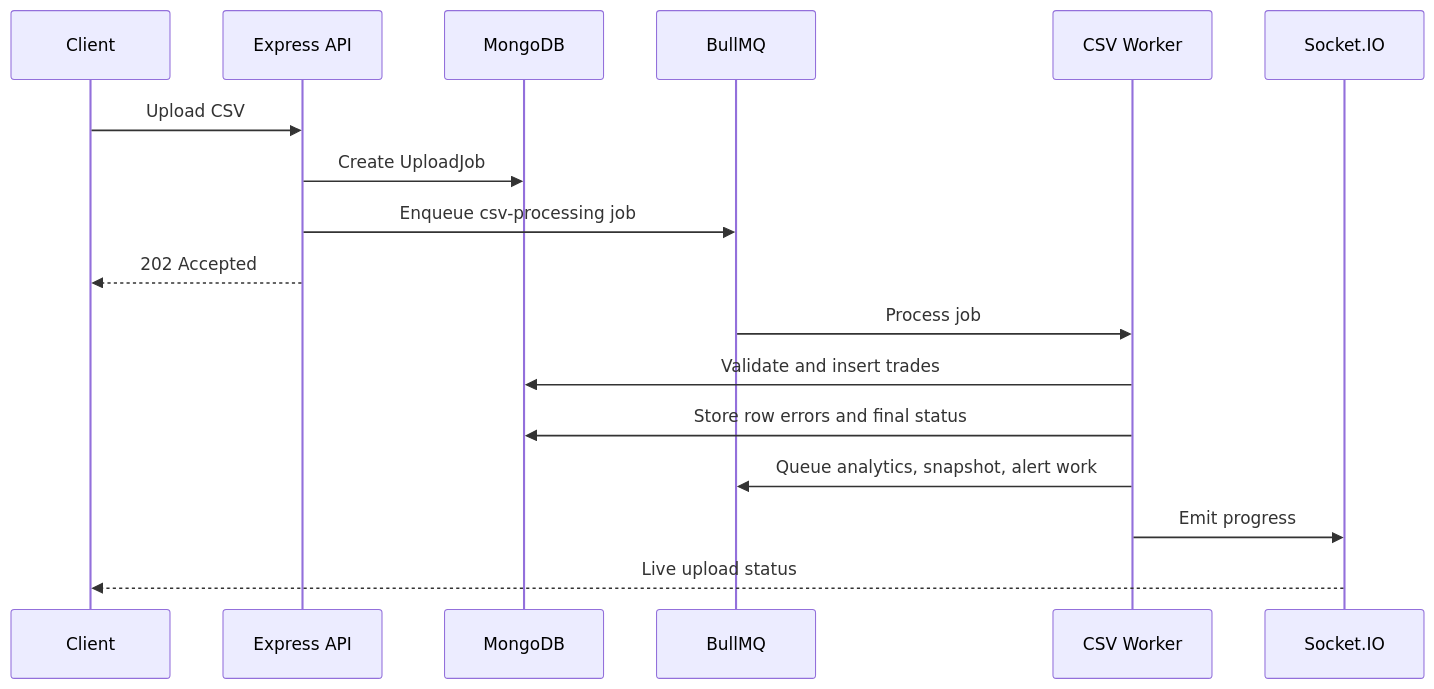
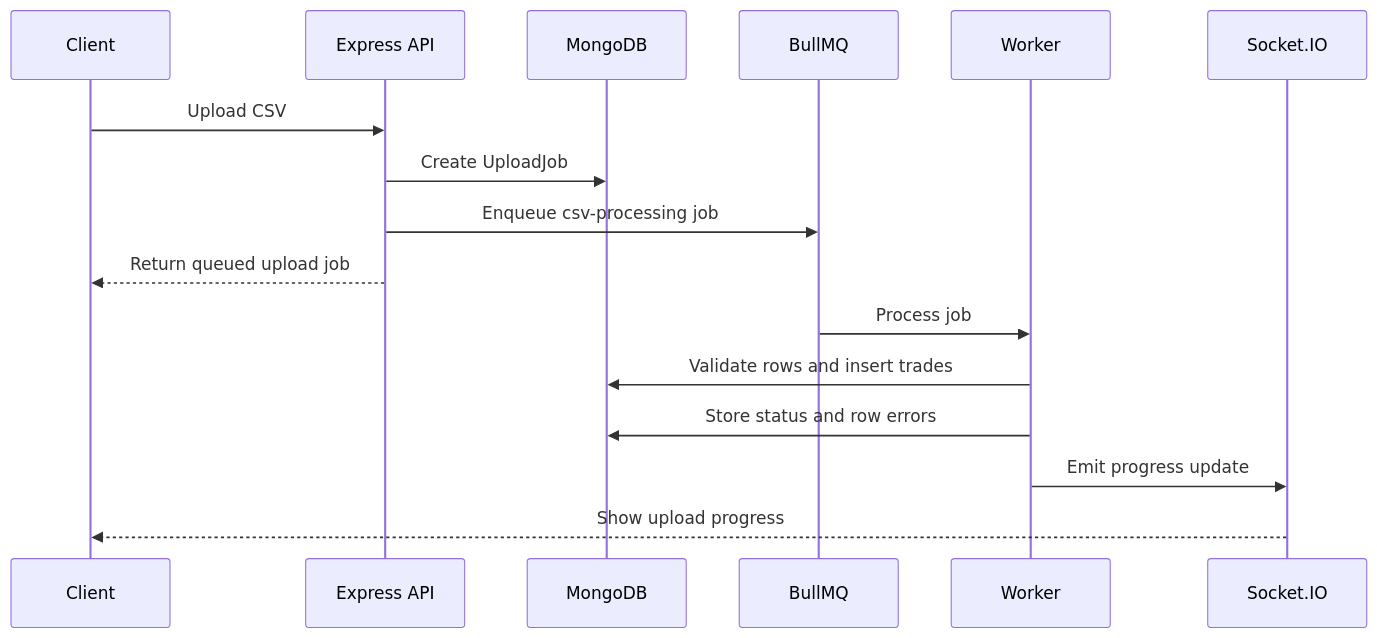
The second of 5 diagrams in README.md (SriHarshaRajuY/RiskLens), drawn with Mermaid before and after one commit. The commit also changed other lines of this file and 68 other files, not shown here.

````diff
--- a/README.md
+++ b/README.md
@@ -127,20 +143,19 @@
 ```mermaid
 sequenceDiagram
   participant UI as Client
   participant API as Express API
   participant DB as MongoDB
   participant Q as BullMQ
-  participant W as CSV Worker
+  participant W as Worker
   participant WS as Socket.IO
 
   UI->>API: Upload CSV
   API->>DB: Create UploadJob
   API->>Q: Enqueue csv-processing job
-  API-->>UI: 202 Accepted
+  API-->>UI: Return queued upload job
   Q->>W: Process job
-  W->>DB: Validate and insert trades
-  W->>DB: Store row errors and final status
-  W->>Q: Queue analytics, snapshot, alert work
-  W->>WS: Emit progress
-  WS-->>UI: Live upload status
+  W->>DB: Validate rows and insert trades
+  W->>DB: Store status and row errors
+  W->>WS: Emit progress update
+  WS-->>UI: Show upload progress
 ```
````
